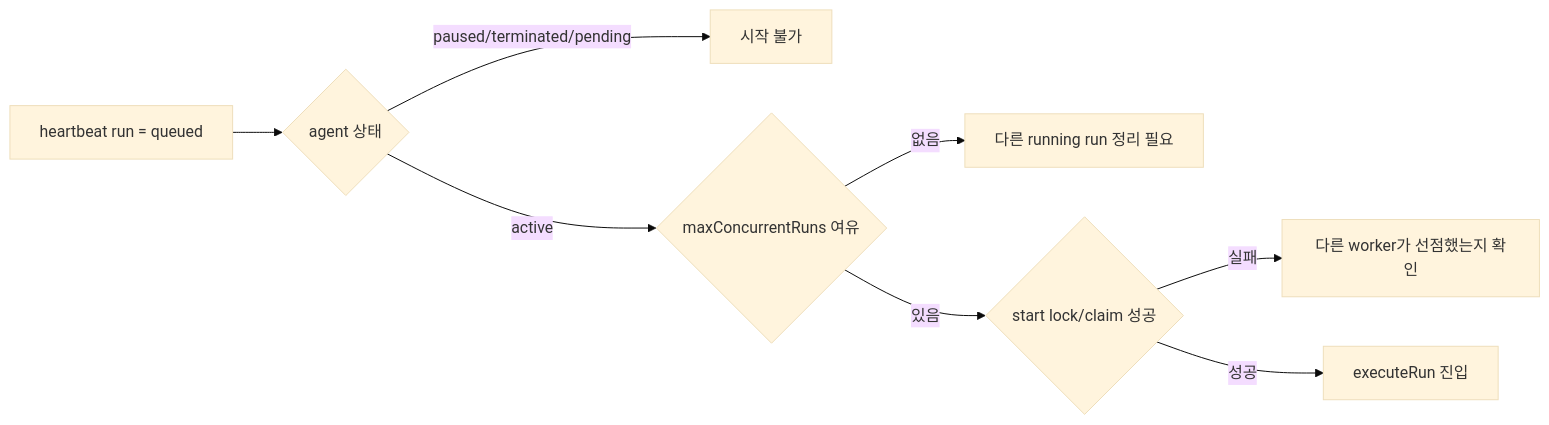
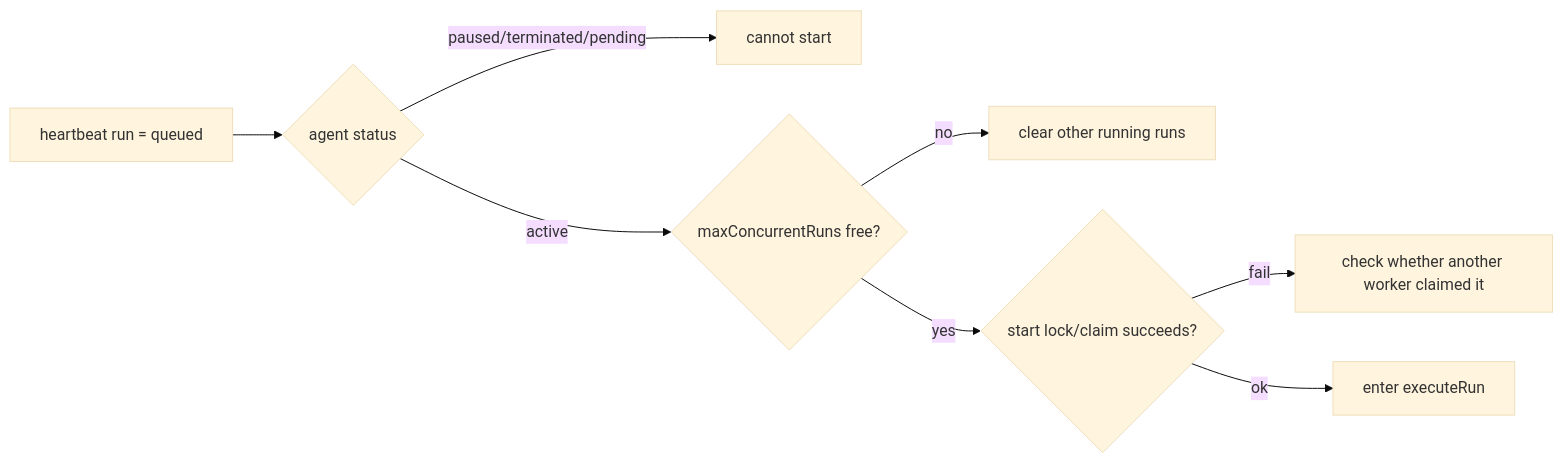
Before and after one commit to insightflo/papercompany-runtime: diagram 13 of 17 in docs/guides/agent-developer/mission-workflow-runtime.md, drawn with Mermaid (base theme). The commit also changed other lines of this file and 173 other files, not shown here.

````diff
--- a/docs/guides/agent-developer/mission-workflow-runtime.md
+++ b/docs/guides/agent-developer/mission-workflow-runtime.md
@@ -394,10 +343,10 @@
 ```mermaid
 flowchart LR
-  Q["heartbeat run = queued"] --> A{"agent 상태"}
-  A -- paused/terminated/pending --> Stop["시작 불가"]
-  A -- active --> B{"maxConcurrentRuns 여유"}
-  B -- 없음 --> Wait["다른 running run 정리 필요"]
-  B -- 있음 --> C{"start lock/claim 성공"}
-  C -- 실패 --> Retry["다른 worker가 선점했는지 확인"]
-  C -- 성공 --> Run["executeRun 진입"]
+  Q["heartbeat run = queued"] --> A{"agent status"}
+  A -- paused/terminated/pending --> Stop["cannot start"]
+  A -- active --> B{"maxConcurrentRuns free?"}
+  B -- no --> Wait["clear other running runs"]
+  B -- yes --> C{"start lock/claim succeeds?"}
+  C -- fail --> Retry["check whether another worker claimed it"]
+  C -- ok --> Run["enter executeRun"]
 ```
````
